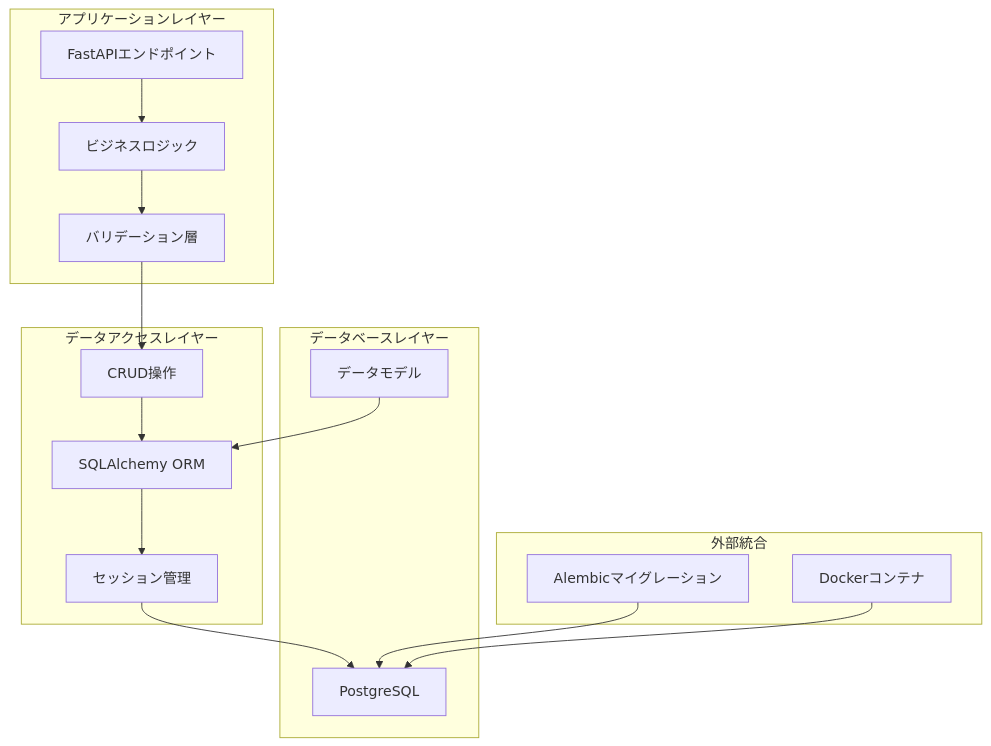
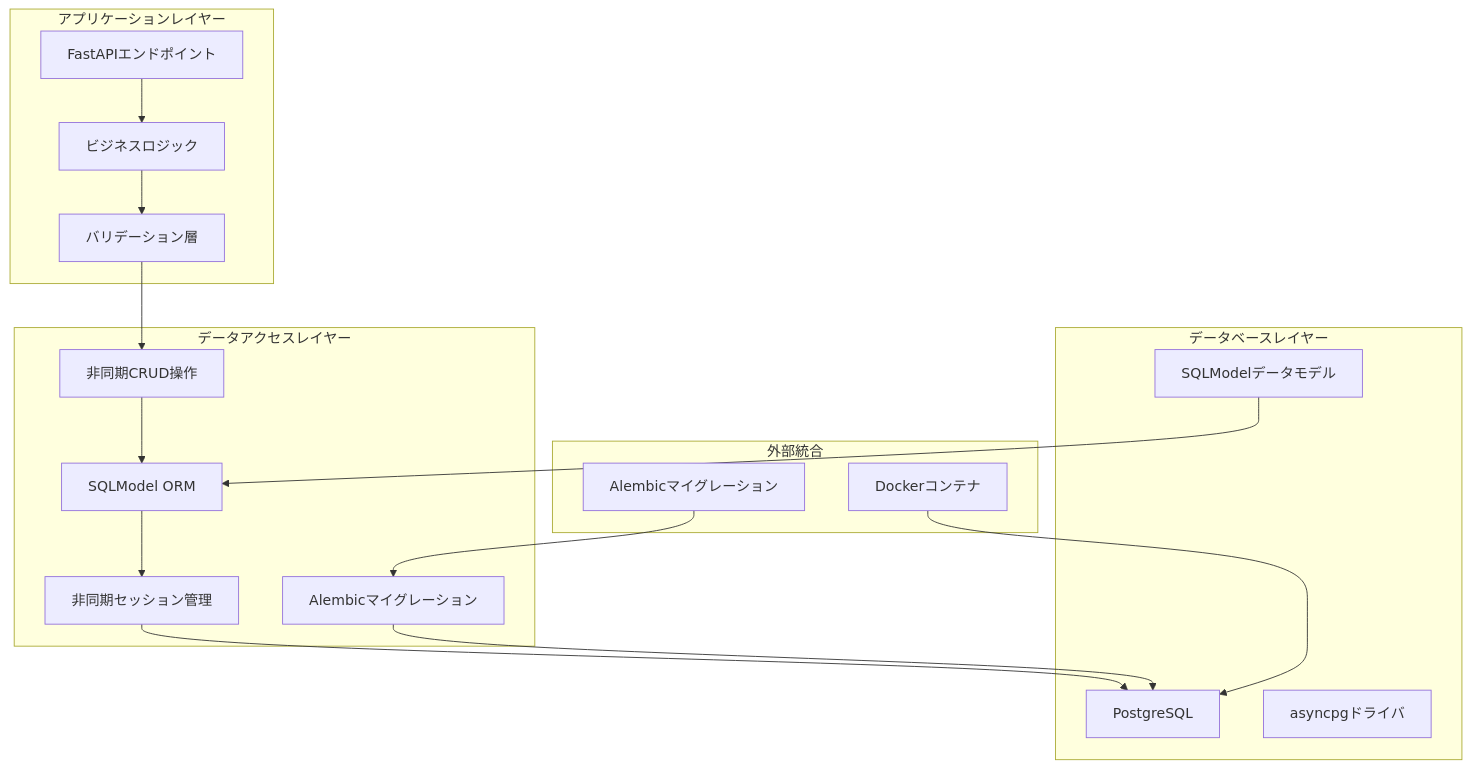
Before and after one commit to ss8806/Todos: the second of 8 diagrams in .qoder/repowiki/ja/content/アーキテクチャ/データベースアーキテクチャ.md, drawn with Mermaid. The commit also changed other lines of this file and 11 other files, not shown here.

````diff
--- a/.qoder/repowiki/ja/content/アーキテクチャ/データベースアーキテクチャ.md
+++ b/.qoder/repowiki/ja/content/アーキテクチャ/データベースアーキテクチャ.md
@@ -95,30 +114,33 @@
 ```mermaid
 graph TB
 subgraph "アプリケーションレイヤー"
 API[FastAPIエンドポイント]
 Business[ビジネスロジック]
 Validation[バリデーション層]
 end
 subgraph "データアクセスレイヤー"
-CRUD[CRUD操作]
-ORM[SQLAlchemy ORM]
-Session[セッション管理]
+CRUD[非同期CRUD操作]
+SQLModel[SQLModel ORM]
+Session[非同期セッション管理]
+Migration[Alembicマイグレーション]
 end
 subgraph "データベースレイヤー"
-Models[データモデル]
+Models[SQLModelデータモデル]
 PostgreSQL[PostgreSQL]
+AsyncPG[asyncpgドライバ]
 end
 subgraph "外部統合"
 Alembic[Alembicマイグレーション]
 Docker[Dockerコンテナ]
 end
 API --> Business
 Business --> Validation
 Validation --> CRUD
-CRUD --> ORM
-ORM --> Session
+CRUD --> SQLModel
+SQLModel --> Session
 Session --> PostgreSQL
-Models --> ORM
-Alembic --> PostgreSQL
+Models --> SQLModel
+Migration --> PostgreSQL
+Alembic --> Migration
 Docker --> PostgreSQL
 ```
````
